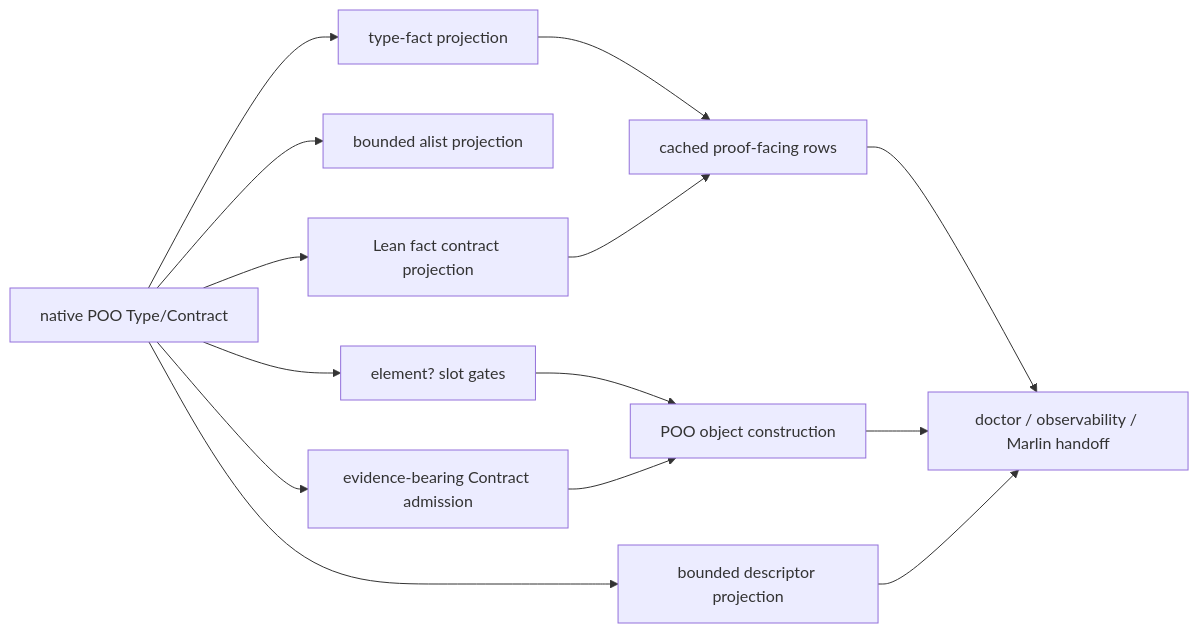
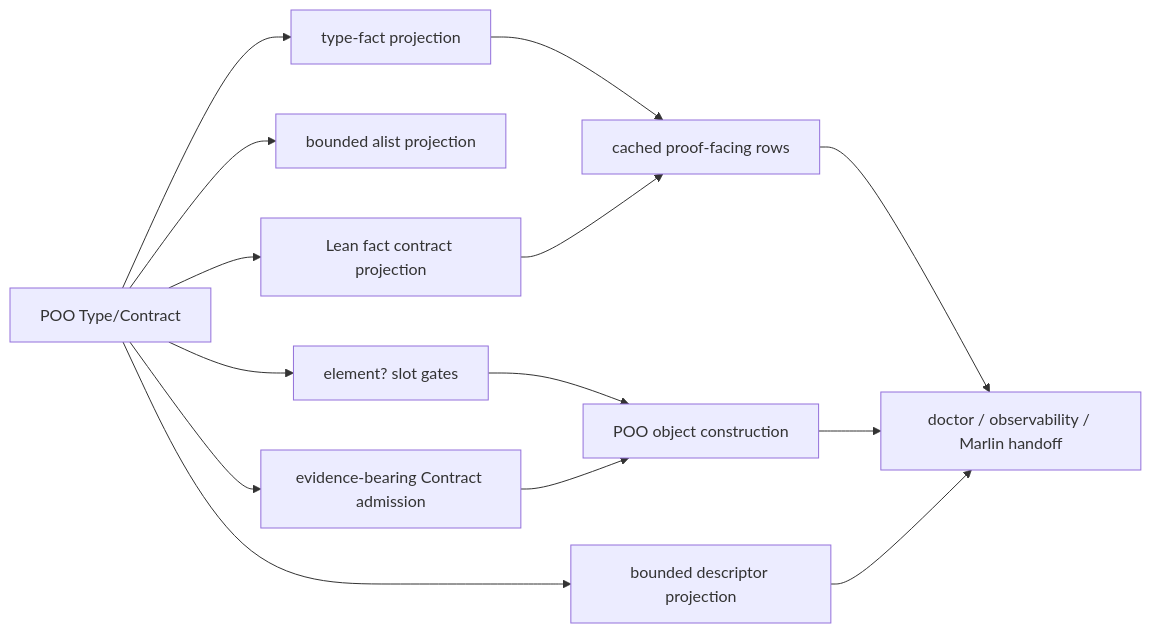
Before and after one commit to tao3k/gebril-yuanxu: the first of 2 diagrams in module-system/design/82-type-contract-performance-benchmarks.org, drawn with Mermaid. The commit also changed other lines of this file and 1469 other files, not shown here.

```diff
--- a/module-system/design/82-type-contract-performance-benchmarks.org
+++ b/module-system/design/82-type-contract-performance-benchmarks.org
@@ -32,16 +32,16 @@
 #+begin_src mermaid
 flowchart LR
-  N["native POO Type/Contract"] --> C["element? slot gates"]
+  N["POO Type/Contract"] --> C["element? slot gates"]
   N --> D["bounded alist projection"]
   N --> E["type-fact projection"]
   N --> F["Lean fact contract projection"]
   E --> G["cached proof-facing rows"]
   F --> G
   G --> H["doctor / observability / Marlin handoff"]
   C --> I["POO object construction"]
   I --> H
   N --> O["evidence-bearing Contract admission"]
   N --> P["bounded descriptor projection"]
   O --> I
   P --> H
 #+end_src
```
